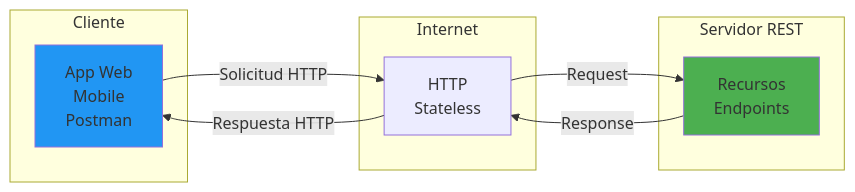
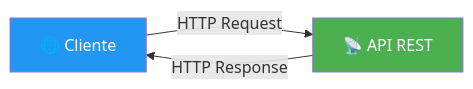
The first of 4 diagrams in 02-rest-api.md (joseluisgs/DesarrolloWebEntornosServidor-02-2026-2027), drawn with Mermaid before and after one commit. The commit also changed other lines of this file and 1 other file, not shown here.

````diff
--- a/02-rest-api.md
+++ b/02-rest-api.md
@@ -50,20 +48,7 @@
 ```mermaid
 flowchart LR
-    subgraph "Cliente"
-        A[App Web<br/>Mobile<br/>Postman]
-    end
-    
-    subgraph "Internet"
-        B[HTTP<br/>Stateless]
-    end
-    
-    subgraph "Servidor REST"
-        C[Recursos<br/>Endpoints]
-    end
-    
-    A -->|Solicitud HTTP| B -->|Request| C
-    C -->|Response| B -->|Respuesta HTTP| A
-    
-    style A fill:#2196F3
-    style C fill:#4CAF50
+    A["🌐 Cliente"] -->|HTTP Request| B["📡 API REST"]
+    B -->|HTTP Response| A
+    style A fill:#2196F3,color:#fff
+    style B fill:#4CAF50,color:#fff
 ```
````
